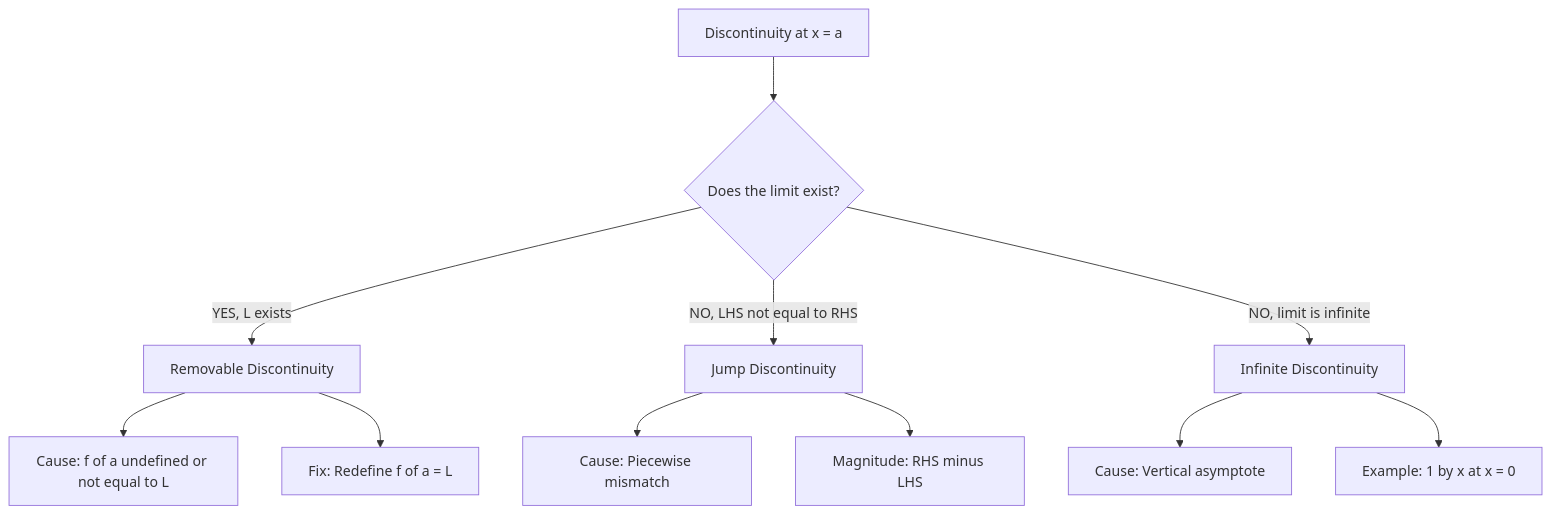
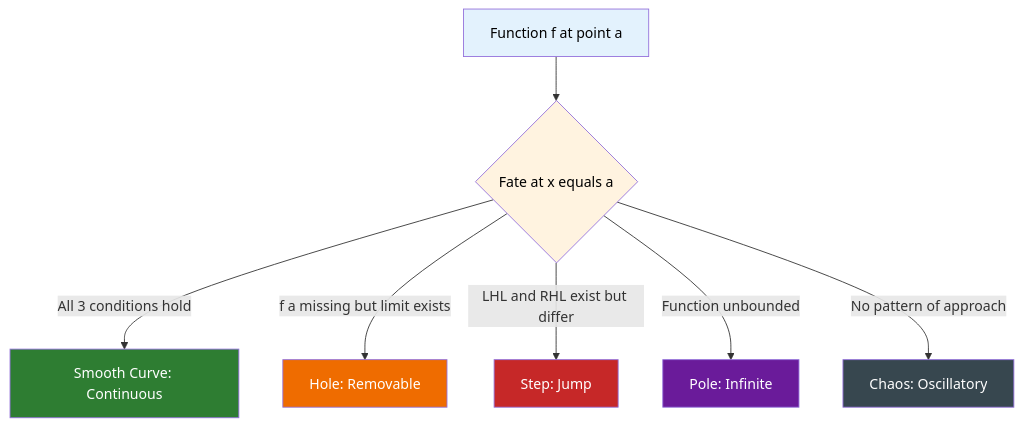
Before and after one commit to vishnuu-kr/ktunode: the third of 3 diagrams in public/notes/computer-science-and-engineering/semester-1/gamat101-mathematics-for-information-science-1/01-module-1-limits-of-function-values/continuity-at-a-point/notes.md, drawn with Mermaid. The commit also changed other lines of this file and 4829 other files, not shown here.

````diff
--- a/public/notes/computer-science-and-engineering/semester-1/gamat101-mathematics-for-information-science-1/01-module-1-limits-of-function-values/continuity-at-a-point/notes.md
+++ b/public/notes/computer-science-and-engineering/semester-1/gamat101-mathematics-for-information-science-1/01-module-1-limits-of-function-values/continuity-at-a-point/notes.md
@@ -412,13 +495,17 @@
 ```mermaid
-graph TD
-    P["Discontinuity at x = a"] --> Q{"Does the limit exist?"}
-    Q -- "YES, L exists" --> R["Removable Discontinuity"]
-    Q -- "NO, LHS not equal to RHS" --> S["Jump Discontinuity"]
-    Q -- "NO, limit is infinite" --> T["Infinite Discontinuity"]
-    R --> R1["Cause: f of a undefined or not equal to L"]
-    R --> R2["Fix: Redefine f of a = L"]
-    S --> S1["Cause: Piecewise mismatch"]
-    S --> S2["Magnitude: RHS minus LHS"]
-    T --> T1["Cause: Vertical asymptote"]
-    T --> T2["Example: 1 by x at x = 0"]
+flowchart TD
+    F["Function f at point a"] --> G{Fate at x equals a}
+    G -- "All 3 conditions hold" --> H["Smooth Curve: Continuous"]
+    G -- "f a missing but limit exists" --> I["Hole: Removable"]
+    G -- "LHL and RHL exist but differ" --> J["Step: Jump"]
+    G -- "Function unbounded" --> K["Pole: Infinite"]
+    G -- "No pattern of approach" --> L["Chaos: Oscillatory"]
+
+    style F fill:#e3f2fd,color:#000000
+    style G fill:#fff3e0,color:#000000
+    style H fill:#2e7d32,color:#ffffff
+    style I fill:#ef6c00,color:#ffffff
+    style J fill:#c62828,color:#ffffff
+    style K fill:#6a1b9a,color:#ffffff
+    style L fill:#37474f,color:#ffffff
 ```
````
